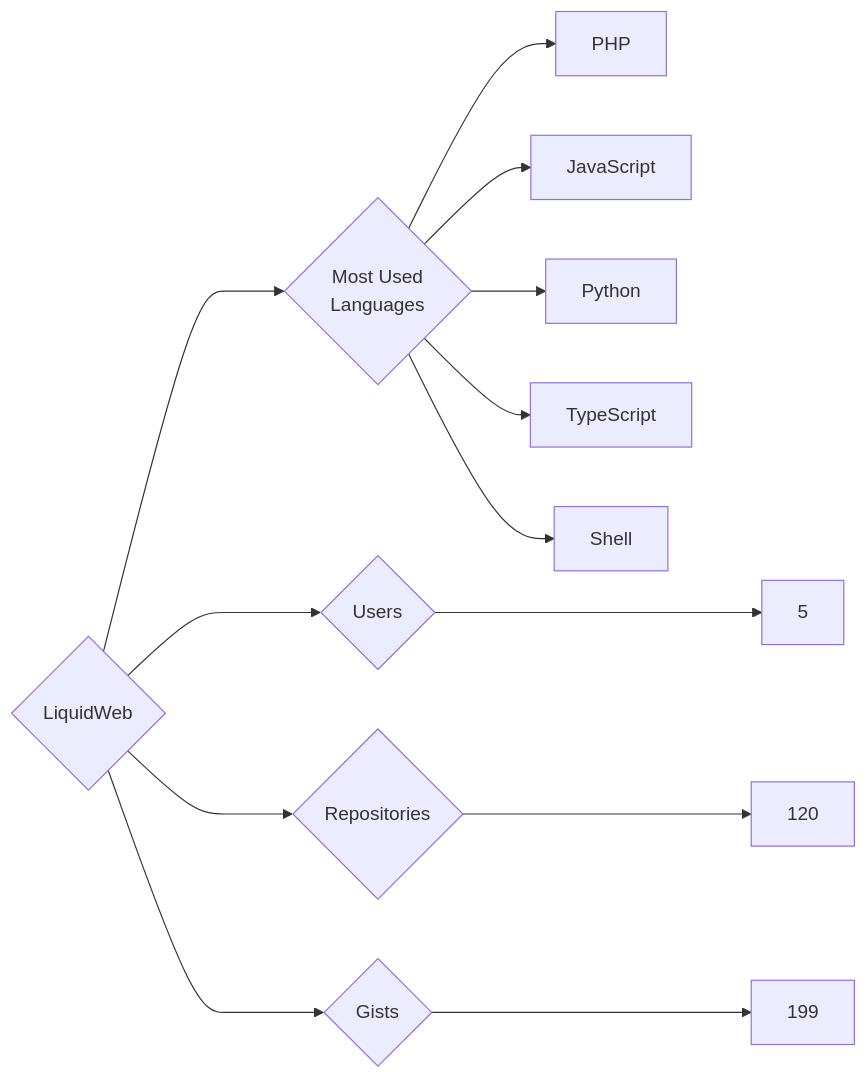
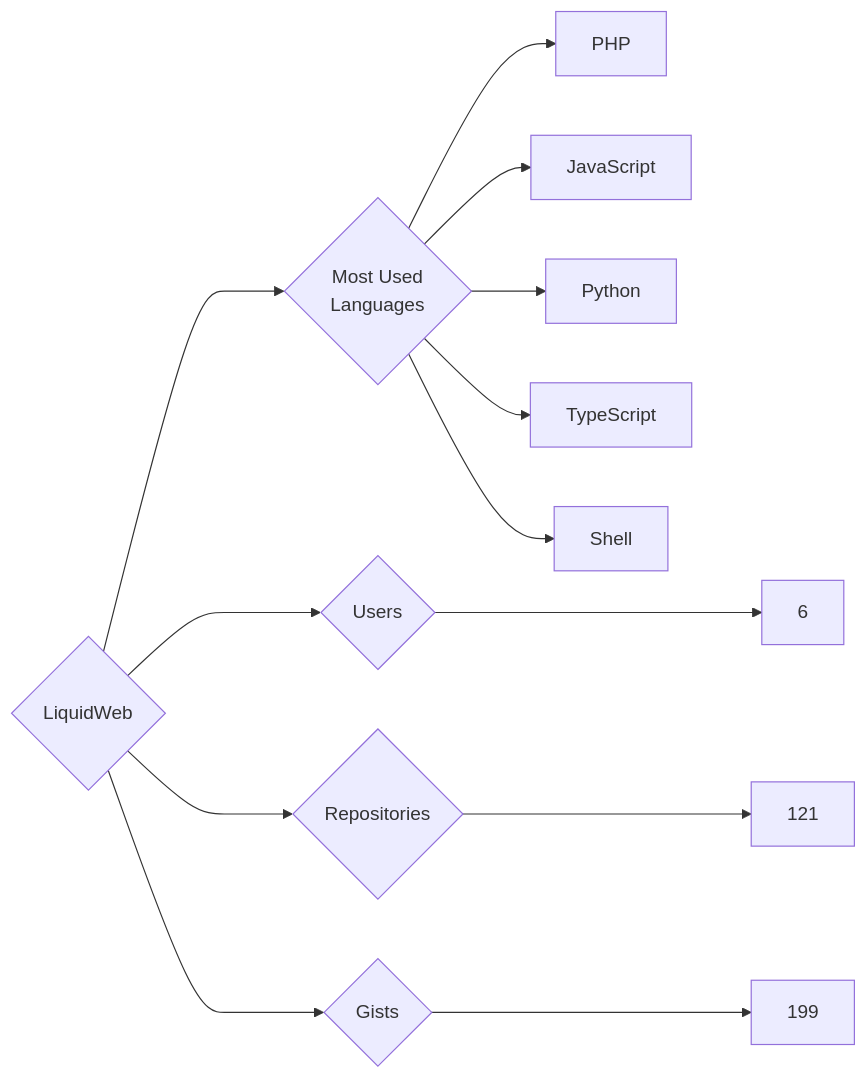
Before and after one commit to trickest/insiders: the diagram in targets/LiquidWeb/README.md, drawn with Mermaid. The commit also changed 782 other files, not shown here.

````diff
--- a/targets/LiquidWeb/README.md
+++ b/targets/LiquidWeb/README.md
@@ -3,13 +3,13 @@
 ```mermaid
 graph LR
 COMPANY_NAME{LiquidWeb}
-COMPANY_NAME ---> U{Users} ---> UN[5]
-COMPANY_NAME ---> R{Repositories} ---> RN[120]
+COMPANY_NAME ---> U{Users} ---> UN[6]
+COMPANY_NAME ---> R{Repositories} ---> RN[121]
 COMPANY_NAME ---> G{Gists} ---> GN[199]
 COMPANY_NAME ---> ML{Most Used<br>Languages}
 ML --> PHP[PHP]
 ML --> JavaScript[JavaScript]
 ML --> Python[Python]
 ML --> TypeScript[TypeScript]
 ML --> Shell[Shell]
 ```
````
